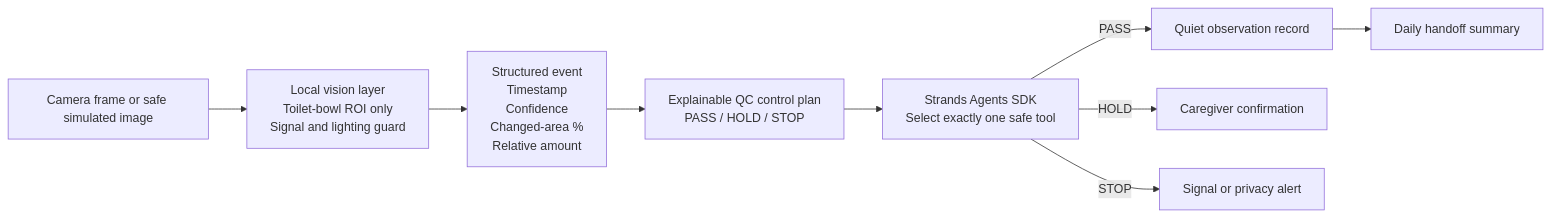
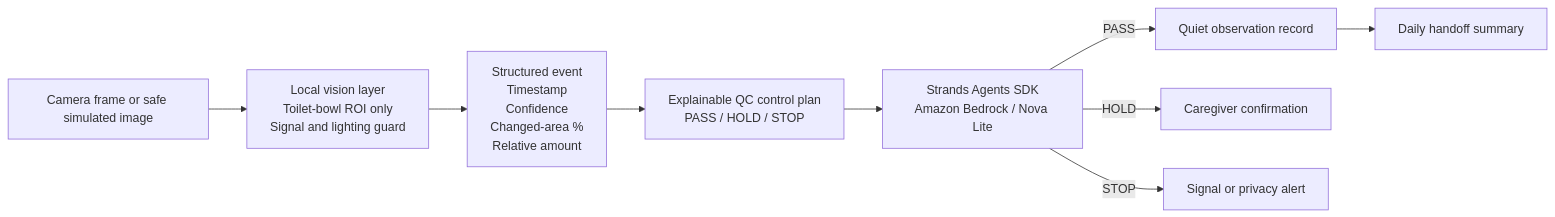
Before and after one commit to mainitika-ship-it/kenji: the diagram in yasashii-bowel-care-agent/README.md, drawn with Mermaid. The commit also changed other lines of this file, not shown here.

Commit message:
docs: align project with Agents for Humans submission path

````diff
--- a/yasashii-bowel-care-agent/README.md
+++ b/yasashii-bowel-care-agent/README.md
@@ -44,11 +48,11 @@
 ```mermaid
 flowchart LR
     A[Camera frame or safe simulated image] --> B[Local vision layer<br/>Toilet-bowl ROI only<br/>Signal and lighting guard]
     B --> C[Structured event<br/>Timestamp<br/>Confidence<br/>Changed-area %<br/>Relative amount]
     C --> D[Explainable QC control plan<br/>PASS / HOLD / STOP]
-    D --> E[Strands Agents SDK<br/>Select exactly one safe tool]
+    D --> E[Strands Agents SDK<br/>Amazon Bedrock / Nova Lite]
     E -->|PASS| F[Quiet observation record]
     E -->|HOLD| G[Caregiver confirmation]
     E -->|STOP| H[Signal or privacy alert]
     F --> I[Daily handoff summary]
 ```
````
